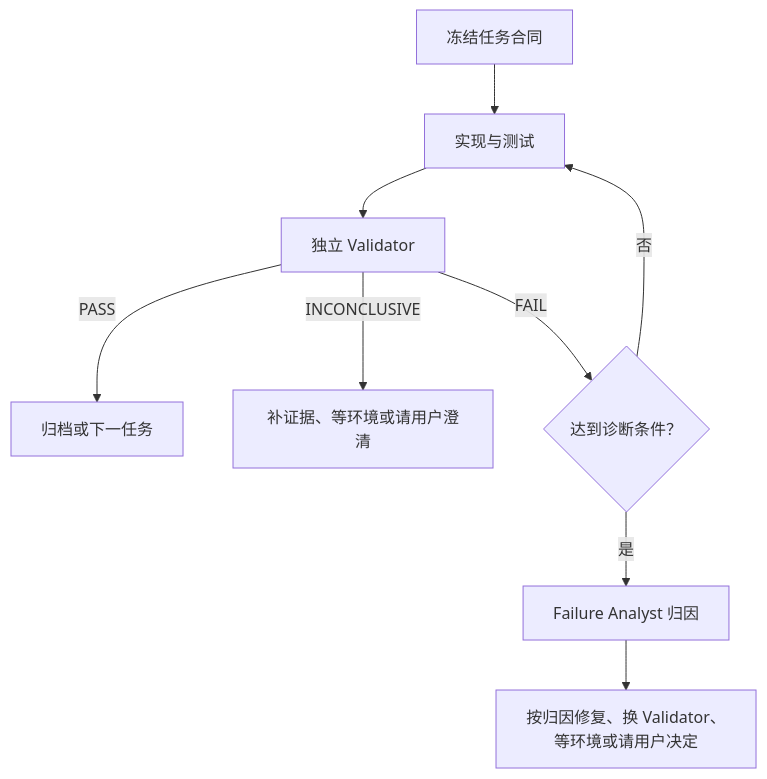
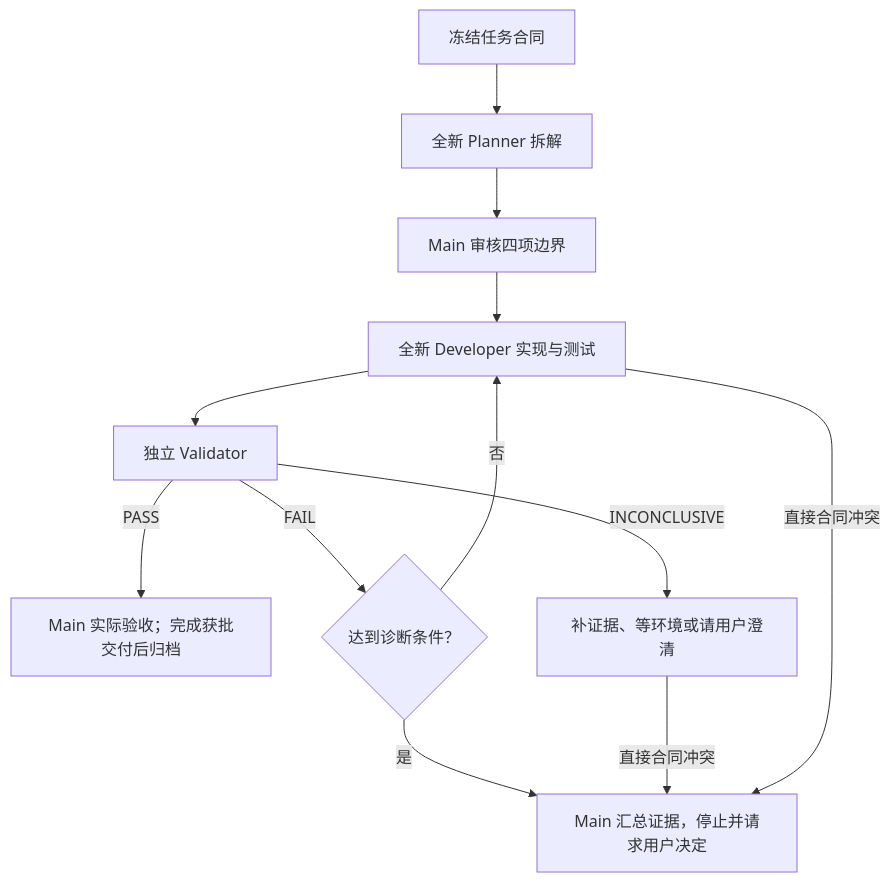
The diagram in README.md (wyizhou/TrainLab), drawn with Mermaid before and after one commit. The commit also changed other lines of this file and 86 other files, not shown here.

````diff
--- a/README.md
+++ b/README.md
@@ -103,11 +129,14 @@
 ```mermaid
 flowchart TD
-    A["冻结任务合同"] --> B["实现与测试"]
+    A["冻结任务合同"] --> P["全新 Planner 拆解"]
+    P --> M["Main 审核四项边界"]
+    M --> B["全新 Developer 实现与测试"]
     B --> C["独立 Validator"]
-    C -->|PASS| D["归档或下一任务"]
+    C -->|PASS| D["Main 实际验收；完成获批交付后归档"]
     C -->|INCONCLUSIVE| E["补证据、等环境或请用户澄清"]
     C -->|FAIL| F{"达到诊断条件？"}
     F -->|否| B
-    F -->|是| G["Failure Analyst 归因"]
-    G --> H["按归因修复、换 Validator、等环境或请用户决定"]
+    F -->|是| G["Main 汇总证据，停止并请求用户决定"]
+    E -->|直接合同冲突| G
+    B -->|直接合同冲突| G
 ```
````
